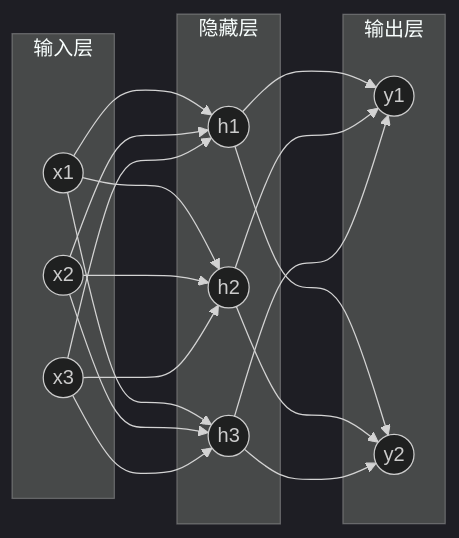
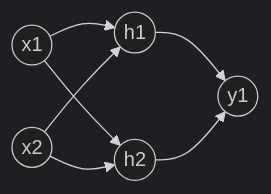
One commit to yh-xh/ESP32-TinyML changed the diagram in neural-networks.md. Above: the diagram before and after it, drawn with Mermaid (dark theme). The commit also changed other lines of this file and 2 other files, not shown here.

````diff
--- a/neural-networks.md
+++ b/neural-networks.md
@@ -105,23 +124,9 @@
 ```mermaid
 graph LR
-    subgraph 输入层
-        x1((x1))
-        x2((x2))
-        x3((x3))
-    end
-    subgraph 隐藏层
-        h1((h1))
-        h2((h2))
-        h3((h3))
-    end
-    subgraph 输出层
-        y1((y1))
-        y2((y2))
-    end
-    x1 --> h1 & h2 & h3
-    x2 --> h1 & h2 & h3
-    x3 --> h1 & h2 & h3
-    h1 --> y1 & y2
-    h2 --> y1 & y2
-    h3 --> y1 & y2
+    x1((x1)) --> h1((h1))
+    x1 --> h2((h2))
+    x2((x2)) --> h1
+    x2 --> h2
+    h1 --> y1((y1))
+    h2 --> y1
 ```
````
